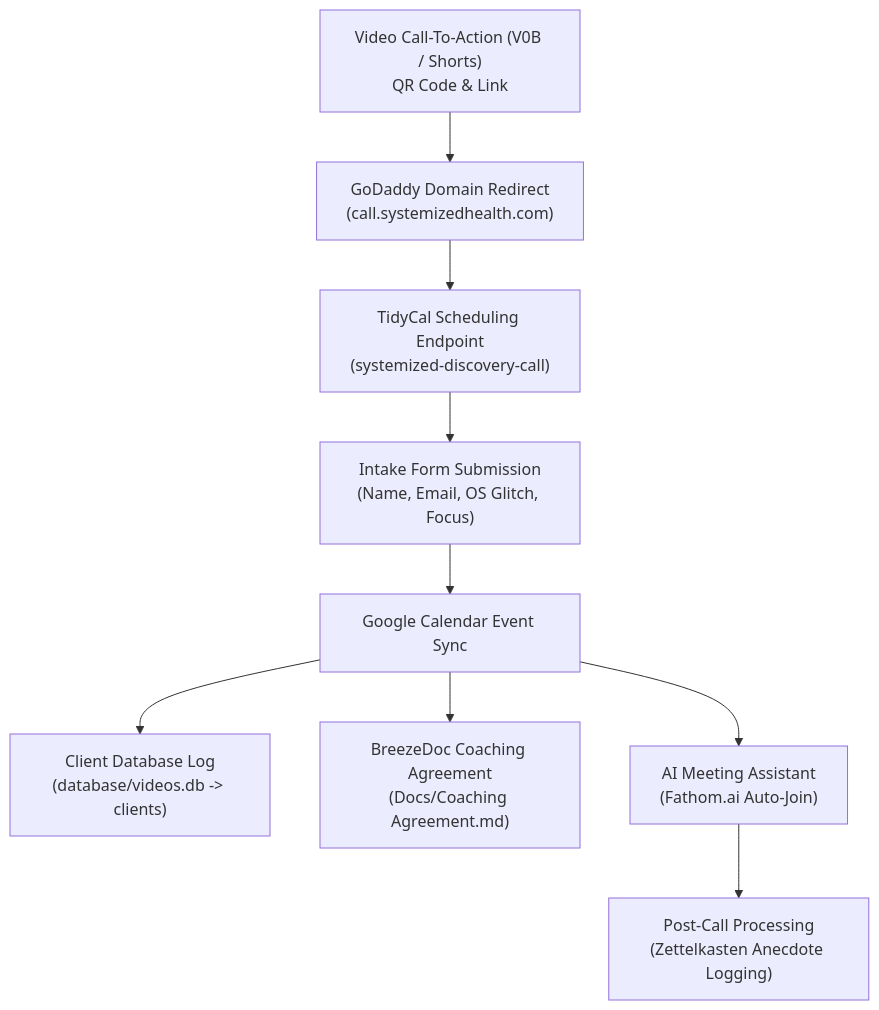
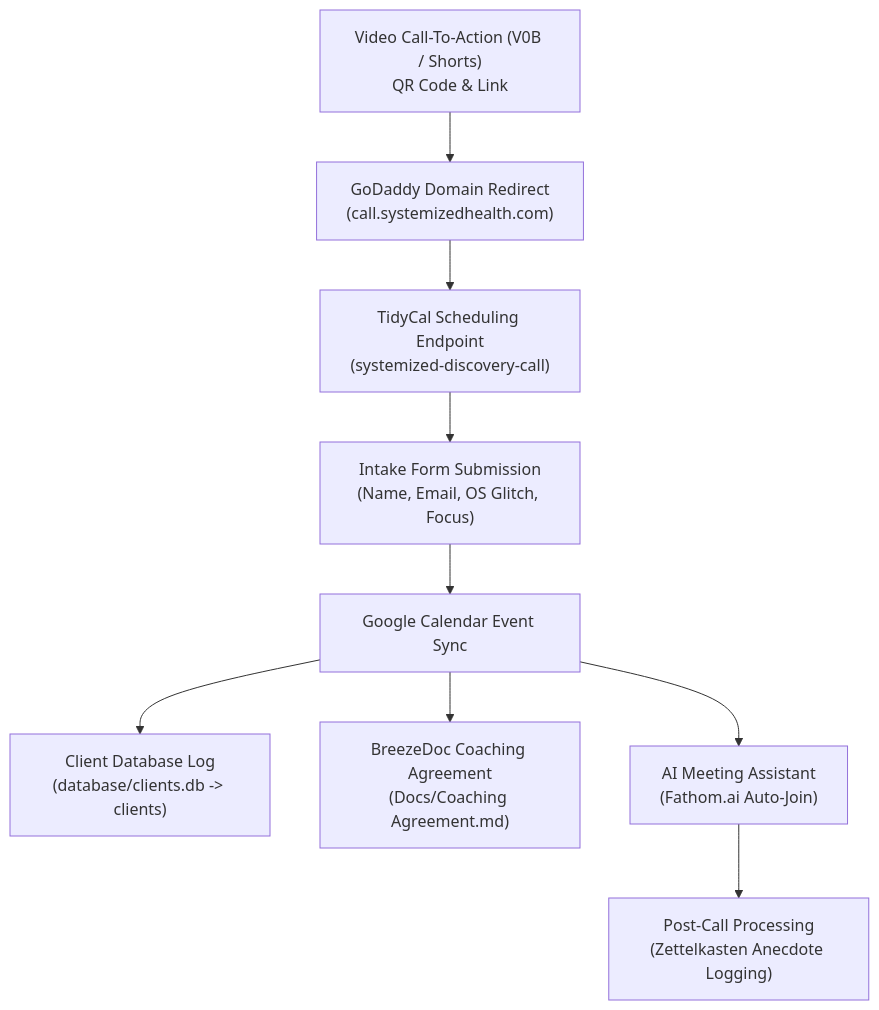
The diagram in SOPs/Client Onboarding SOP.md (craigmart/SystemizedHealth), drawn with Mermaid before and after one commit. The commit also changed other lines of this file and 10 other files, not shown here.

Commit message:
built client database

````diff
--- a/SOPs/Client Onboarding SOP.md
+++ b/SOPs/Client Onboarding SOP.md
@@ -9,11 +9,11 @@
 ```mermaid
 flowchart TD
     A["Video Call-To-Action (V0B / Shorts)<br/>QR Code & Link"] --> B["GoDaddy Domain Redirect<br/>(call.systemizedhealth.com)"]
     B --> C["TidyCal Scheduling Endpoint<br/>(systemized-discovery-call)"]
     C --> D["Intake Form Submission<br/>(Name, Email, OS Glitch, Focus)"]
     D --> E["Google Calendar Event Sync"]
-    E --> F["Client Database Log<br/>(database/videos.db -> clients)"]
+    E --> F["Client Database Log<br/>(database/clients.db -> clients)"]
     E --> G["BreezeDoc Coaching Agreement<br/>(Docs/Coaching Agreement.md)"]
     E --> H["AI Meeting Assistant<br/>(Fathom.ai Auto-Join)"]
     H --> I["Post-Call Processing<br/>(Zettelkasten Anecdote Logging)"]
 ```
````
